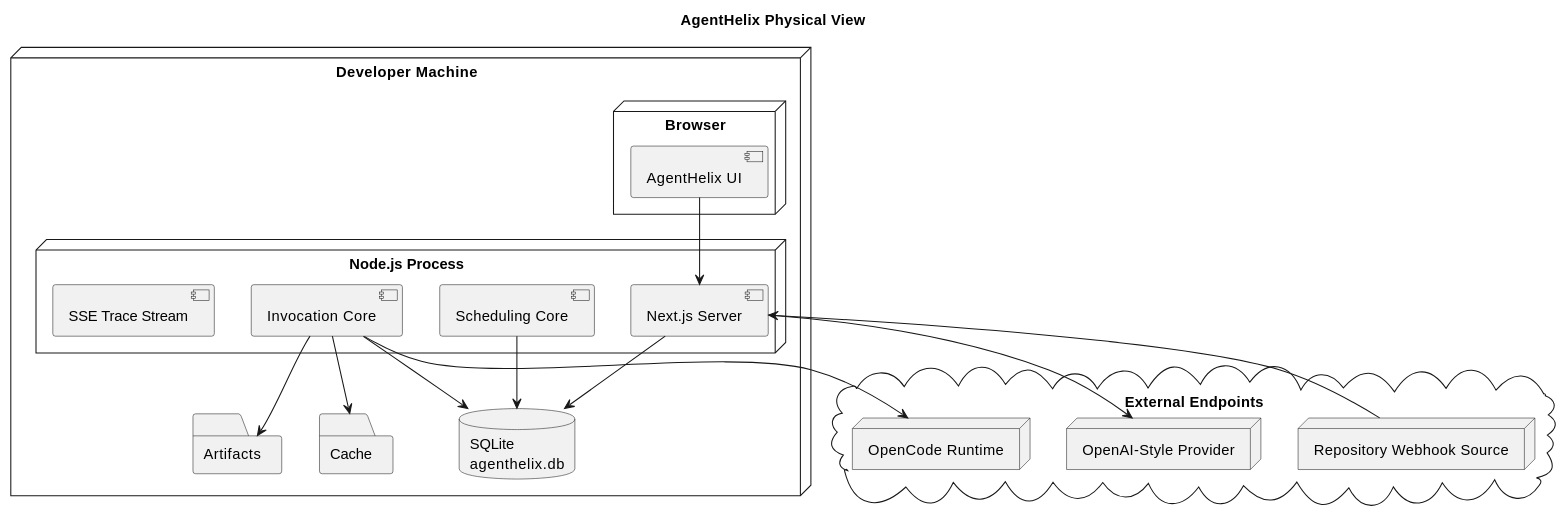
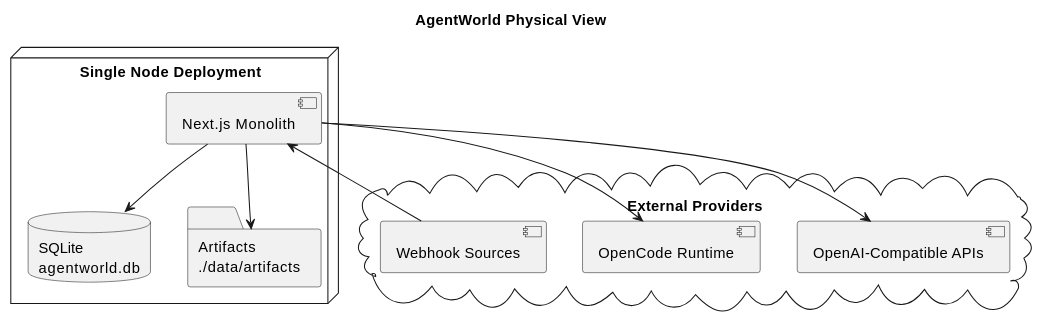
The fourth of 7 diagrams in docs/detailed-design.en.md (SimonMing47/agent-world), drawn with PlantUML before and after one commit. The commit also changed other lines of this file and 3 other files, not shown here.

````diff
--- a/docs/detailed-design.en.md
+++ b/docs/detailed-design.en.md
@@ -1263,39 +1020,24 @@
 ```plantuml
 @startuml
-title AgentHelix Physical View
+title AgentWorld Physical View
 
-node "Developer Machine" {
-  node "Browser" {
-    component "AgentHelix UI"
-  }
-
-  node "Node.js Process" {
-    component "Next.js Server"
-    component "Scheduling Core"
-    component "Invocation Core"
-    component "SSE Trace Stream"
-  }
-
-  database "SQLite\nagenthelix.db"
-  folder "Artifacts"
-  folder "Cache"
+node "Single Node Deployment" {
+  component "Next.js Monolith"
+  database "SQLite\nagentworld.db"
+  folder "Artifacts\n./data/artifacts"
 }
 
-cloud "External Endpoints" {
-  node "OpenCode Runtime"
-  node "OpenAI-Style Provider"
-  node "Repository Webhook Source"
+cloud "External Providers" {
+  component "OpenAI-Compatible APIs"
+  component "OpenCode Runtime"
+  component "Webhook Sources"
 }
 
-"AgentHelix UI" --> "Next.js Server"
-"Next.js Server" --> "SQLite\nagenthelix.db"
-"Scheduling Core" --> "SQLite\nagenthelix.db"
-"Invocation Core" --> "SQLite\nagenthelix.db"
-"Invocation Core" --> "Artifacts"
-"Invocation Core" --> "Cache"
-"Invocation Core" --> "OpenCode Runtime"
-"Next.js Server" --> "OpenAI-Style Provider"
-"Repository Webhook Source" --> "Next.js Server"
+"Next.js Monolith" --> "SQLite\nagentworld.db"
+"Next.js Monolith" --> "Artifacts\n./data/artifacts"
+"Next.js Monolith" --> "OpenAI-Compatible APIs"
+"Next.js Monolith" --> "OpenCode Runtime"
+"Webhook Sources" --> "Next.js Monolith"
 
 @enduml
 ```
````
